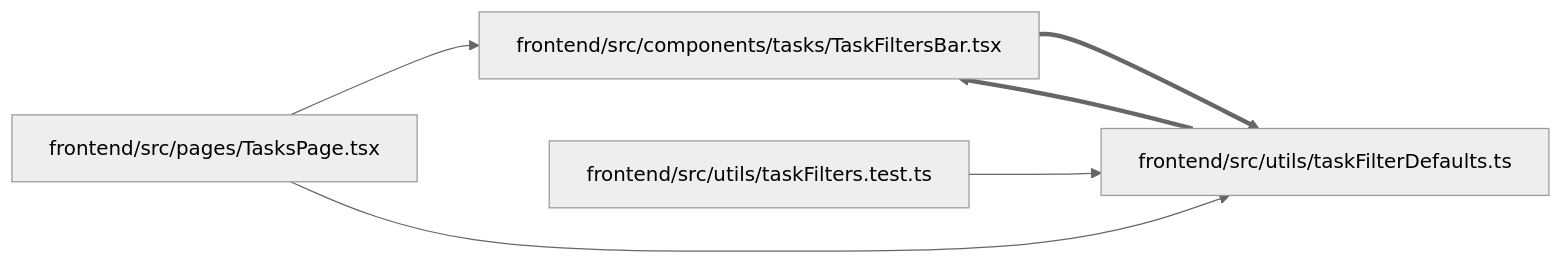
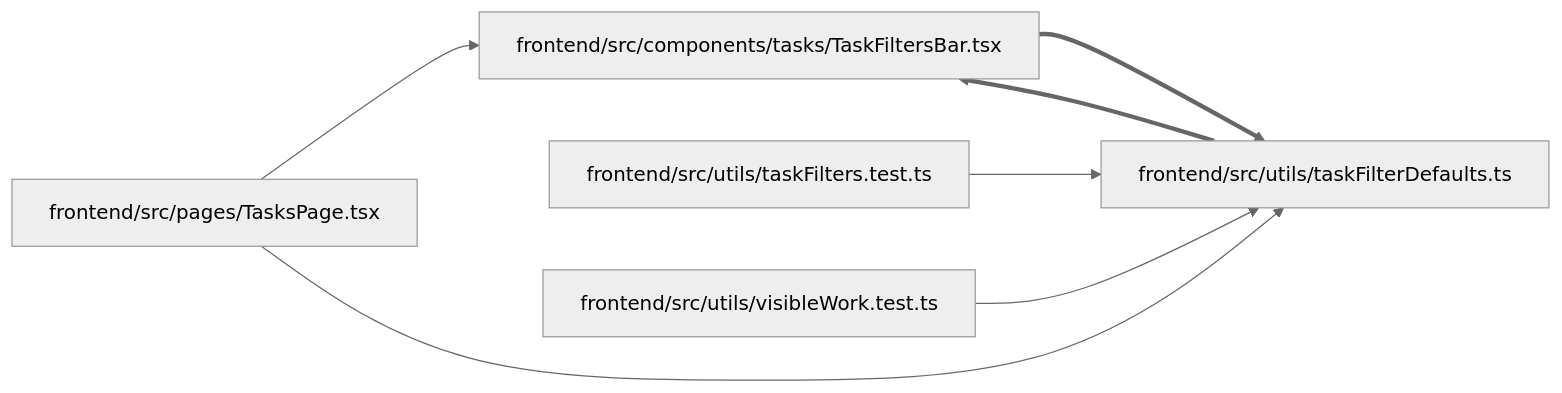
The diagram in docs/llm_wiki/modules/taskFilterDefaults.md (Denissvgn/WorkChord), drawn with Mermaid (neutral theme) before and after one commit. The commit also changed other lines of this file and 958 other files, not shown here.

First line of the commit message:
docs(wiki): refresh identity and recovery architecture

````diff
--- a/docs/llm_wiki/modules/taskFilterDefaults.md
+++ b/docs/llm_wiki/modules/taskFilterDefaults.md
@@ -26,16 +26,19 @@
 ```mermaid
 flowchart LR
     n0["frontend/src/components/tasks/TaskFiltersBar.tsx"]
     n1["frontend/src/pages/TasksPage.tsx"]
     n2["frontend/src/utils/taskFilterDefaults.ts"]
     n3["frontend/src/utils/taskFilters.test.ts"]
+    n4["frontend/src/utils/visibleWork.test.ts"]
     n0 ==> n2
     n1 --> n0
     n1 --> n2
     n2 ==> n0
     n3 --> n2
+    n4 --> n2
     click n0 "../modules/TaskFiltersBar.md"
     click n1 "../modules/TasksPage.md"
     click n2 "../modules/taskFilterDefaults.md"
     click n3 "../modules/taskFilters.test.md"
+    click n4 "../modules/visibleWork.test.md"
 ```
````
